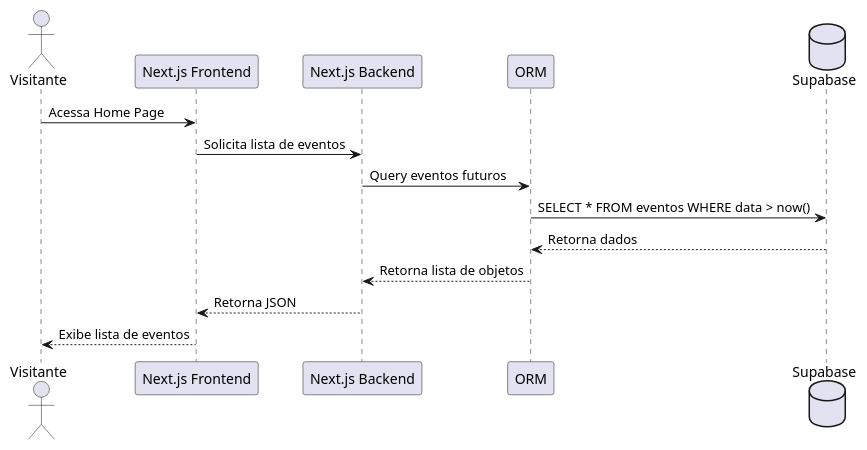
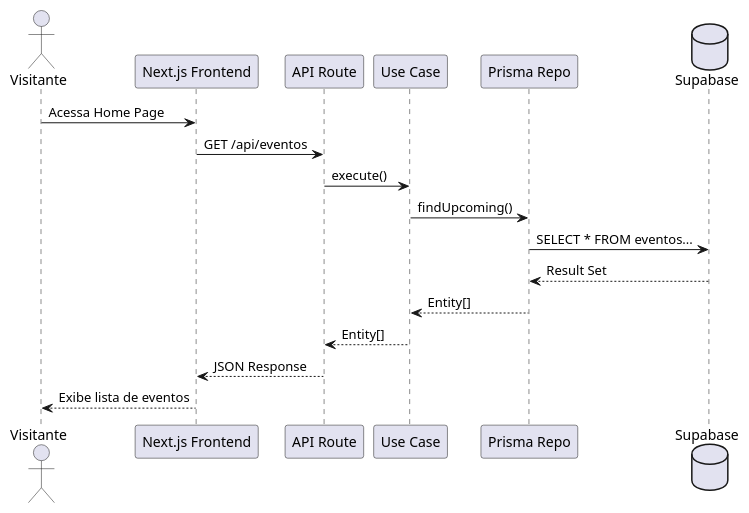
One commit to ricodealma/cdc-website changed the diagram in arch/flows/visitor-flow.puml. Above: the diagram before and after it, drawn with PlantUML. The commit also changed 61 other files, not shown here.

```diff
--- a/arch/flows/visitor-flow.puml
+++ b/arch/flows/visitor-flow.puml
@@ -1,17 +1,20 @@
-@startuml
+@startuml visitor_flow
 actor Visitante
 participant "Next.js Frontend" as Frontend
-participant "Next.js Backend" as Backend
-participant "ORM" as ORM
+participant "API Route" as API
+participant "Use Case" as UseCase
+participant "Prisma Repo" as Repo
 database "Supabase" as DB
 
 Visitante -> Frontend: Acessa Home Page
-Frontend -> Backend: Solicita lista de eventos
-Backend -> ORM: Query eventos futuros
-ORM -> DB: SELECT * FROM eventos WHERE data > now()
-DB --> ORM: Retorna dados
-ORM --> Backend: Retorna lista de objetos
-Backend --> Frontend: Retorna JSON
+Frontend -> API: GET /api/eventos
+API -> UseCase: execute()
+UseCase -> Repo: findUpcoming()
+Repo -> DB: SELECT * FROM eventos...
+DB --> Repo: Result Set
+Repo --> UseCase: Entity[]
+UseCase --> API: Entity[]
+API --> Frontend: JSON Response
 Frontend --> Visitante: Exibe lista de eventos
 
 @enduml
```
